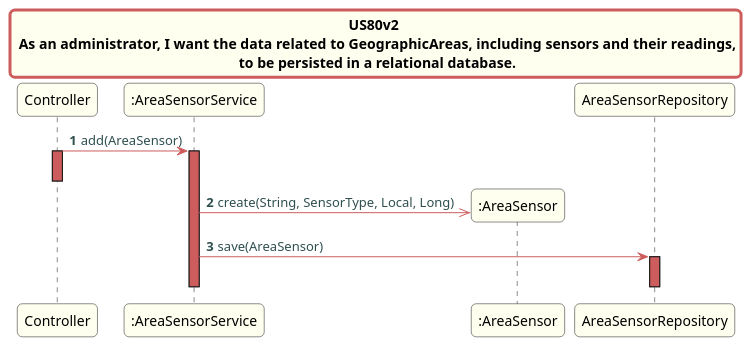
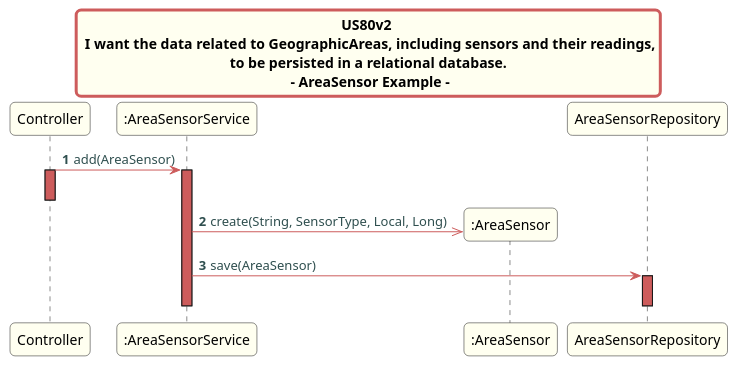
The diagram in src/doc/Controllers/OtherUS/US80v2/US80v2Sensor.puml (Almadanmp/project), drawn with PlantUML before and after one commit. The commit also changed 1 other file, not shown here.

Commit message:
REF#215 REF#197 updates class and sequence diagrams for US 80v2

```diff
--- a/src/doc/Controllers/OtherUS/US80v2/US80v2Sensor.puml
+++ b/src/doc/Controllers/OtherUS/US80v2/US80v2Sensor.puml
@@ -1,45 +1,45 @@
 @startuml
 title US015v2 \n REF XML file.
 skinparam titleBorderRoundCorner 10
 skinparam titleBorderThickness 3
 skinparam titleBorderColor indianred
 skinparam titleBackgroundColor ivory
 skinparam FontName quicksand
 
 skinparam actor {
   BorderColor indianred
   }
 
 skinparam sequence {
   LifeLineBackgroundColor indianred
   ParticipantBackgroundColor ivory
 }
 
 skinparam roundcorner 10
 
 skinparam component {
   arrowThickness 1
   ArrowFontName Verdana
   ArrowColor indianred
   ArrowFontColor darkslategrey
 }
 
 
-title US80v2 \n As an administrator, I want the data related to GeographicAreas, including sensors and their readings,\n to be persisted in a relational database.
+title US80v2 \n I want the data related to GeographicAreas, including sensors and their readings,\n to be persisted in a relational database. \n - AreaSensor Example -
 
 autonumber
 
 Controller -> ":AreaSensorService": add(AreaSensor)
 activate Controller
 deactivate Controller
 activate ":AreaSensorService"
 create ":AreaSensor"
 
 ":AreaSensorService" ->> ":AreaSensor": create(String, SensorType, Local, Long)
 ":AreaSensorService" -> "AreaSensorRepository": save(AreaSensor)
 activate "AreaSensorRepository"
 deactivate "AreaSensorRepository"
 deactivate ":AreaSensorService"
 
 
 @enduml
```
